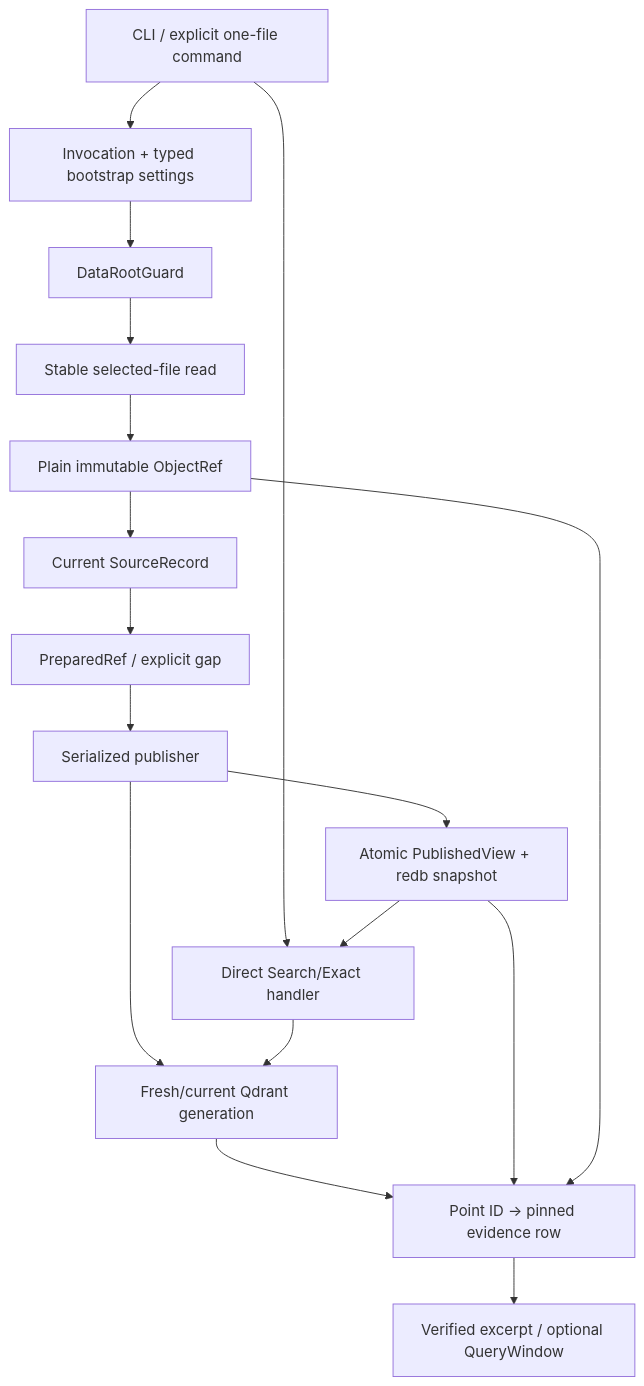
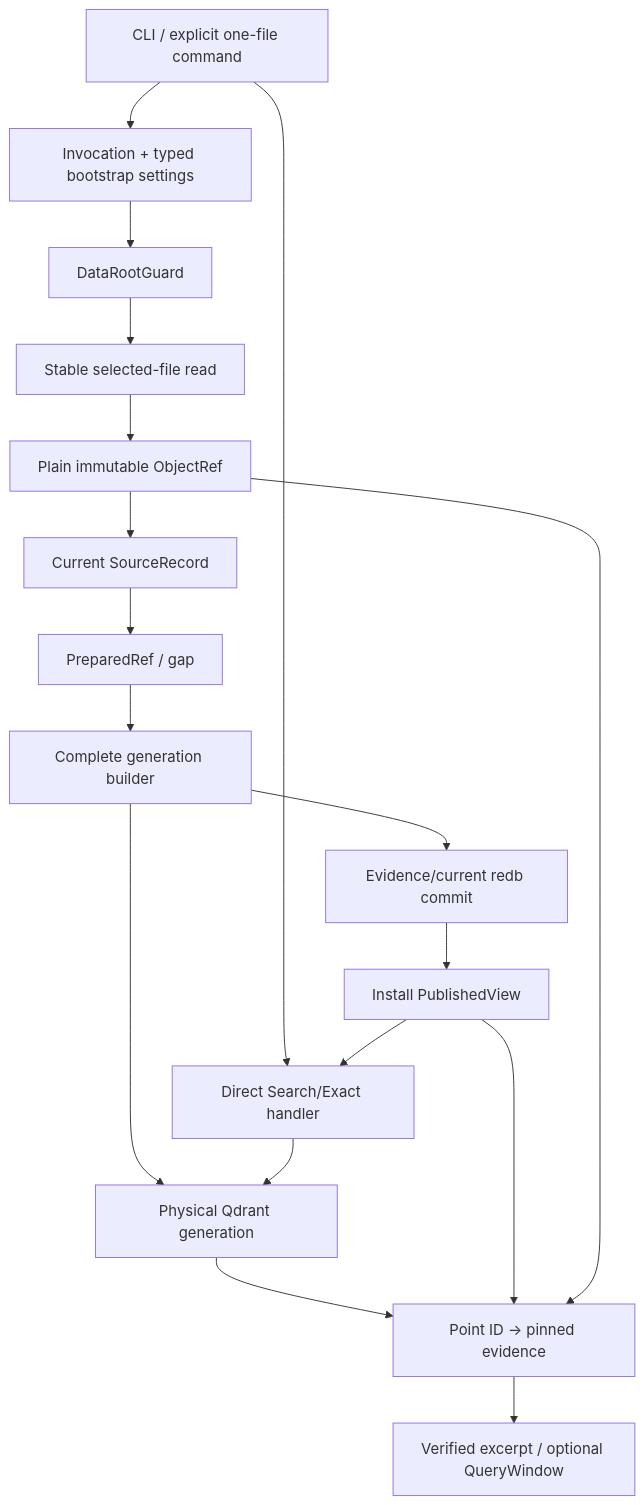
The first of 2 diagrams in docs/handoff/DEPENDENCY_GRAPH.md (UnknownAlienHuman/eliot-search), drawn with Mermaid before and after one commit. The commit also changed other lines of this file and 12 other files, not shown here.

````diff
--- a/docs/handoff/DEPENDENCY_GRAPH.md
+++ b/docs/handoff/DEPENDENCY_GRAPH.md
@@ -6,19 +6,20 @@
 ```mermaid
 flowchart TD
     cli[CLI / explicit one-file command] --> settings[Invocation + typed bootstrap settings]
     settings --> root[DataRootGuard]
     root --> acquire[Stable selected-file read]
     acquire --> object[Plain immutable ObjectRef]
     object --> source[Current SourceRecord]
-    source --> prep[PreparedRef / explicit gap]
-    prep --> publication[Serialized publisher]
-    publication --> qdrant[Fresh/current Qdrant generation]
-    publication --> view[Atomic PublishedView + redb snapshot]
+    source --> prep[PreparedRef / gap]
+    prep --> build[Complete generation builder]
+    build --> qdrant[Physical Qdrant generation]
+    build --> commit[Evidence/current redb commit]
+    commit --> view[Install PublishedView]
     cli --> query[Direct Search/Exact handler]
     view --> query
     query --> qdrant
-    qdrant --> evidence[Point ID → pinned evidence row]
+    qdrant --> evidence[Point ID → pinned evidence]
     view --> evidence
     object --> evidence
     evidence --> result[Verified excerpt / optional QueryWindow]
 ```
````
